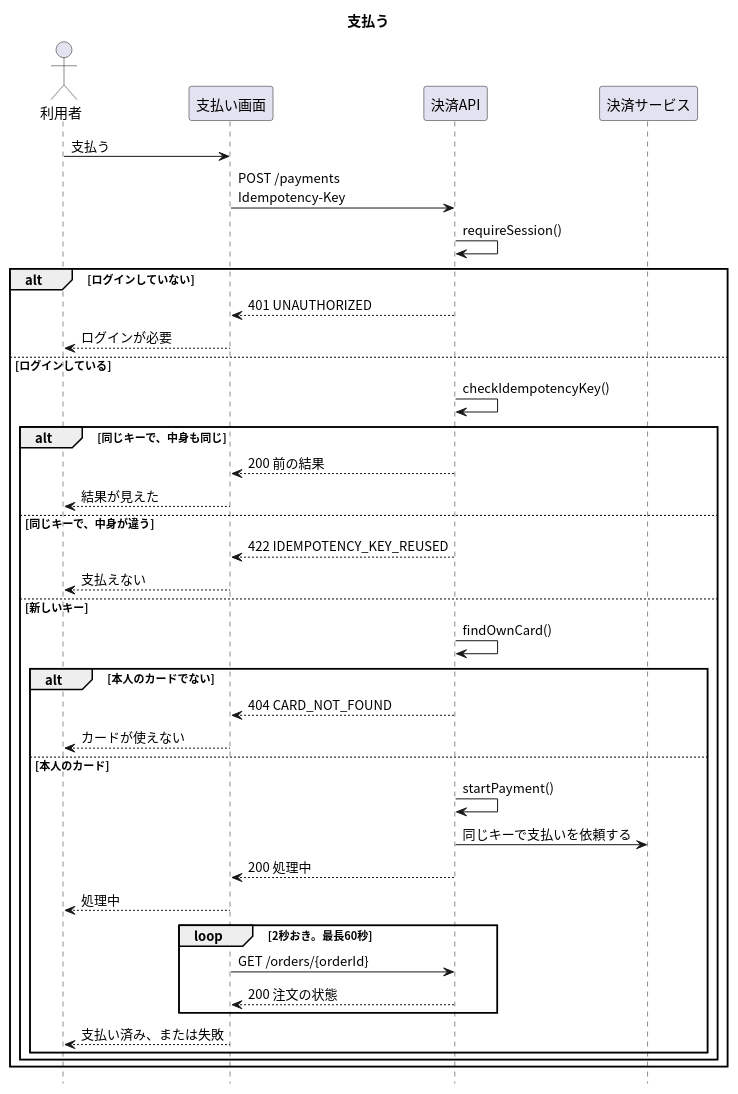
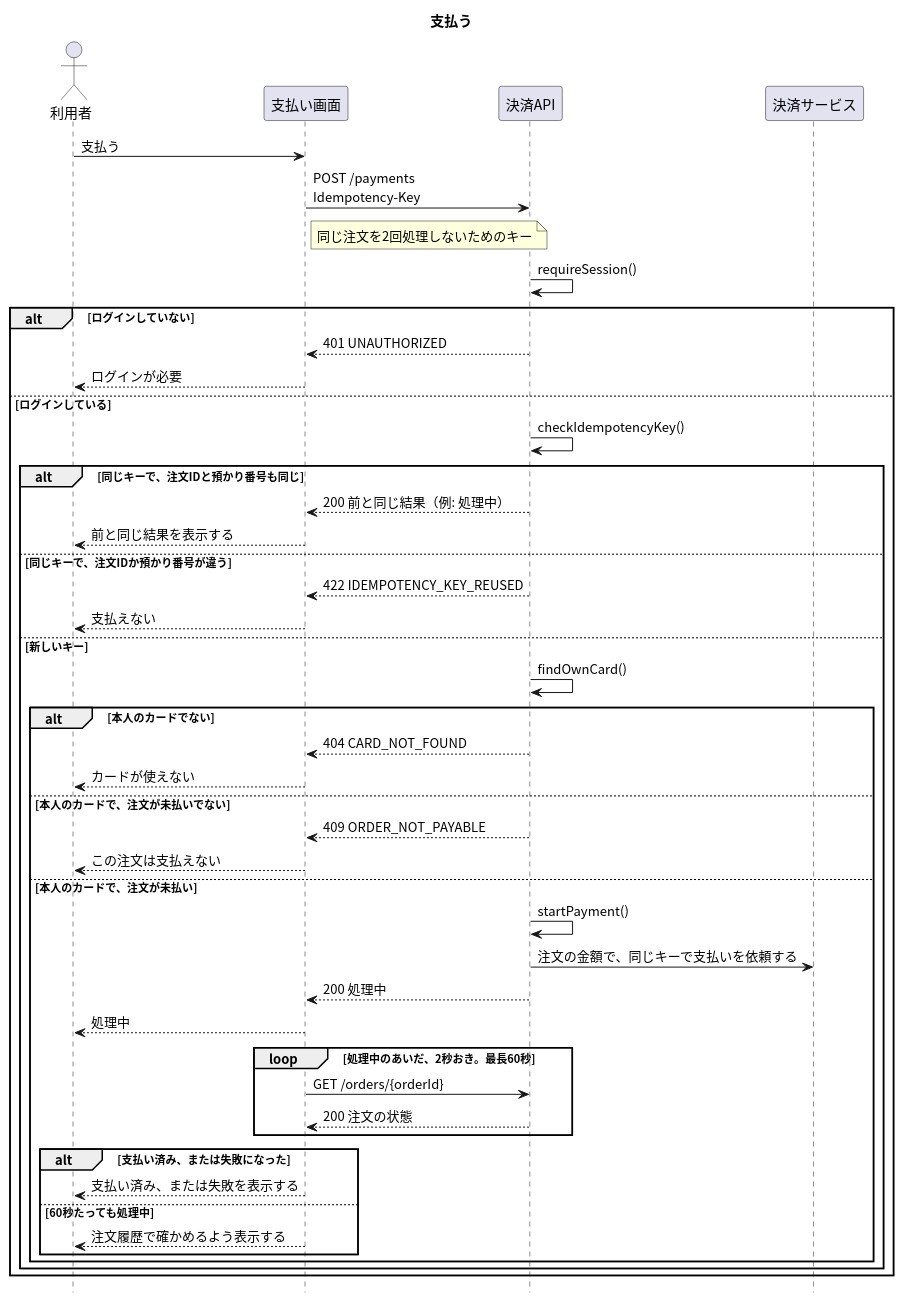
Before and after one commit to masamasamasato/design-doc-template: the diagram in apis/create-payment/入口.puml, drawn with PlantUML. The commit also changed 109 other files, not shown here.

```diff
--- a/apis/create-payment/入口.puml
+++ b/apis/create-payment/入口.puml
@@ -1,46 +1,54 @@
 @startuml
 skinparam shadowing false
 skinparam defaultFontName "Noto Sans CJK JP"
 skinparam SequenceFontName "Noto Sans CJK JP"
 hide footbox
 
 title 支払う
 
 actor "利用者" as User
 participant "支払い画面" as Screen
 participant "決済API" as API
 participant "決済サービス" as PSP
 
 User -> Screen : 支払う
 Screen -> API : POST /payments\nIdempotency-Key
+note right of Screen : 同じ注文を2回処理しないためのキー
 API -> API : requireSession()
 alt ログインしていない
   API --> Screen : 401 UNAUTHORIZED
   Screen --> User : ログインが必要
 else ログインしている
   API -> API : checkIdempotencyKey()
-  alt 同じキーで、中身も同じ
-    API --> Screen : 200 前の結果
-    Screen --> User : 結果が見えた
-  else 同じキーで、中身が違う
+  alt 同じキーで、注文IDと預かり番号も同じ
+    API --> Screen : 200 前と同じ結果（例: 処理中）
+    Screen --> User : 前と同じ結果を表示する
+  else 同じキーで、注文IDか預かり番号が違う
     API --> Screen : 422 IDEMPOTENCY_KEY_REUSED
     Screen --> User : 支払えない
   else 新しいキー
     API -> API : findOwnCard()
     alt 本人のカードでない
       API --> Screen : 404 CARD_NOT_FOUND
       Screen --> User : カードが使えない
-    else 本人のカード
+    else 本人のカードで、注文が未払いでない
+      API --> Screen : 409 ORDER_NOT_PAYABLE
+      Screen --> User : この注文は支払えない
+    else 本人のカードで、注文が未払い
       API -> API : startPayment()
-      API -> PSP : 同じキーで支払いを依頼する
+      API -> PSP : 注文の金額で、同じキーで支払いを依頼する
       API --> Screen : 200 処理中
       Screen --> User : 処理中
-      loop 2秒おき。最長60秒
+      loop 処理中のあいだ、2秒おき。最長60秒
         Screen -> API : GET /orders/{orderId}
         API --> Screen : 200 注文の状態
       end
-      Screen --> User : 支払い済み、または失敗
+      alt 支払い済み、または失敗になった
+        Screen --> User : 支払い済み、または失敗を表示する
+      else 60秒たっても処理中
+        Screen --> User : 注文履歴で確かめるよう表示する
+      end
     end
   end
 end
 @enduml
```
